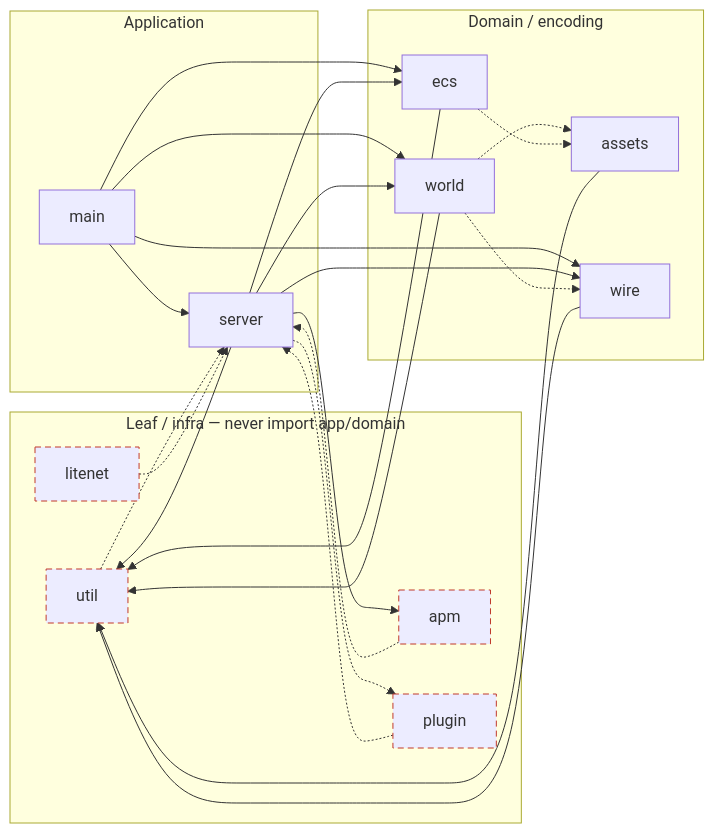
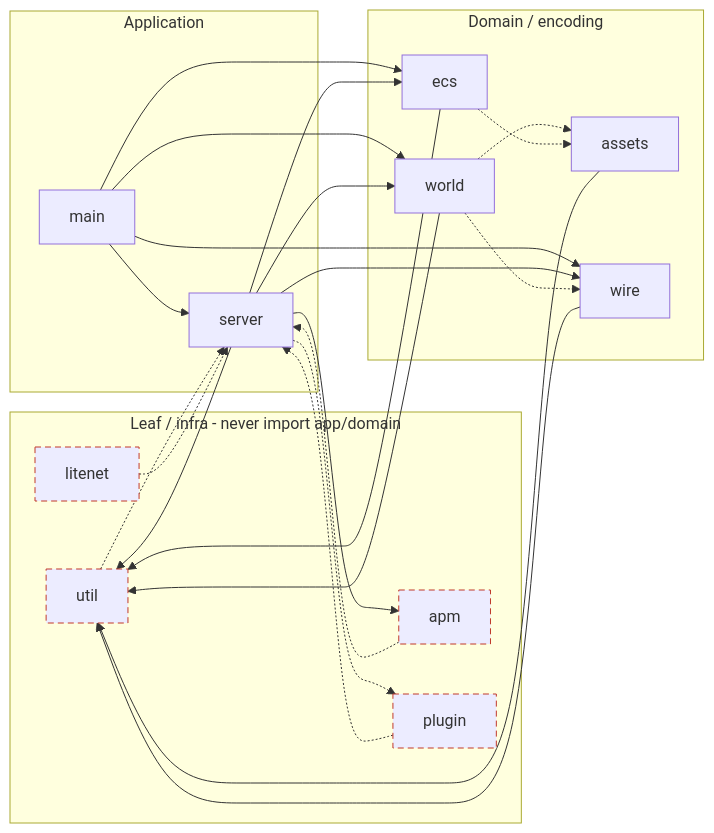
Before and after one commit to hordeforge/zdtd-server: the second of 19 diagrams in docs/ARCHITECTURE.md, drawn with Mermaid. The commit also changed other lines of this file and 118 other files, not shown here.

````diff
--- a/docs/ARCHITECTURE.md
+++ b/docs/ARCHITECTURE.md
@@ -119,45 +119,45 @@
 ```mermaid
 flowchart LR
-    subgraph leaf["Leaf / infra — never import app/domain"]
+    subgraph leaf["Leaf / infra - never import app/domain"]
         UTIL[util]
         APM2[apm]
         LN2[litenet]
         PLUG2[plugin]
     end
     subgraph domain["Domain / encoding"]
         ASSETS[assets]
         ECS[ecs]
         WORLD[world]
         WIRE[wire]
     end
     subgraph app["Application"]
         SERVER[server]
         MAIN[main]
     end
 
     MAIN --> SERVER
     MAIN --> WIRE
     MAIN --> WORLD
     MAIN --> ECS
     SERVER --> ECS
     SERVER --> WORLD
     SERVER --> WIRE
     SERVER --> APM2
     SERVER --> UTIL
     SERVER -.-> PLUG2
     WIRE --> UTIL
     WORLD --> UTIL
     ECS --> UTIL
     ASSETS --> UTIL
     WORLD -.-> ASSETS
 
     classDef forbidden stroke-dasharray: 6 4,stroke:#c0392b
     UTIL -.-> SERVER
     APM2 -.-> SERVER
     LN2 -.-> SERVER
     PLUG2 -.-> SERVER
     ECS -.-> ASSETS
     WORLD -.-> WIRE
 
     class UTIL,APM2,LN2,PLUG2 forbidden
 ```
````
